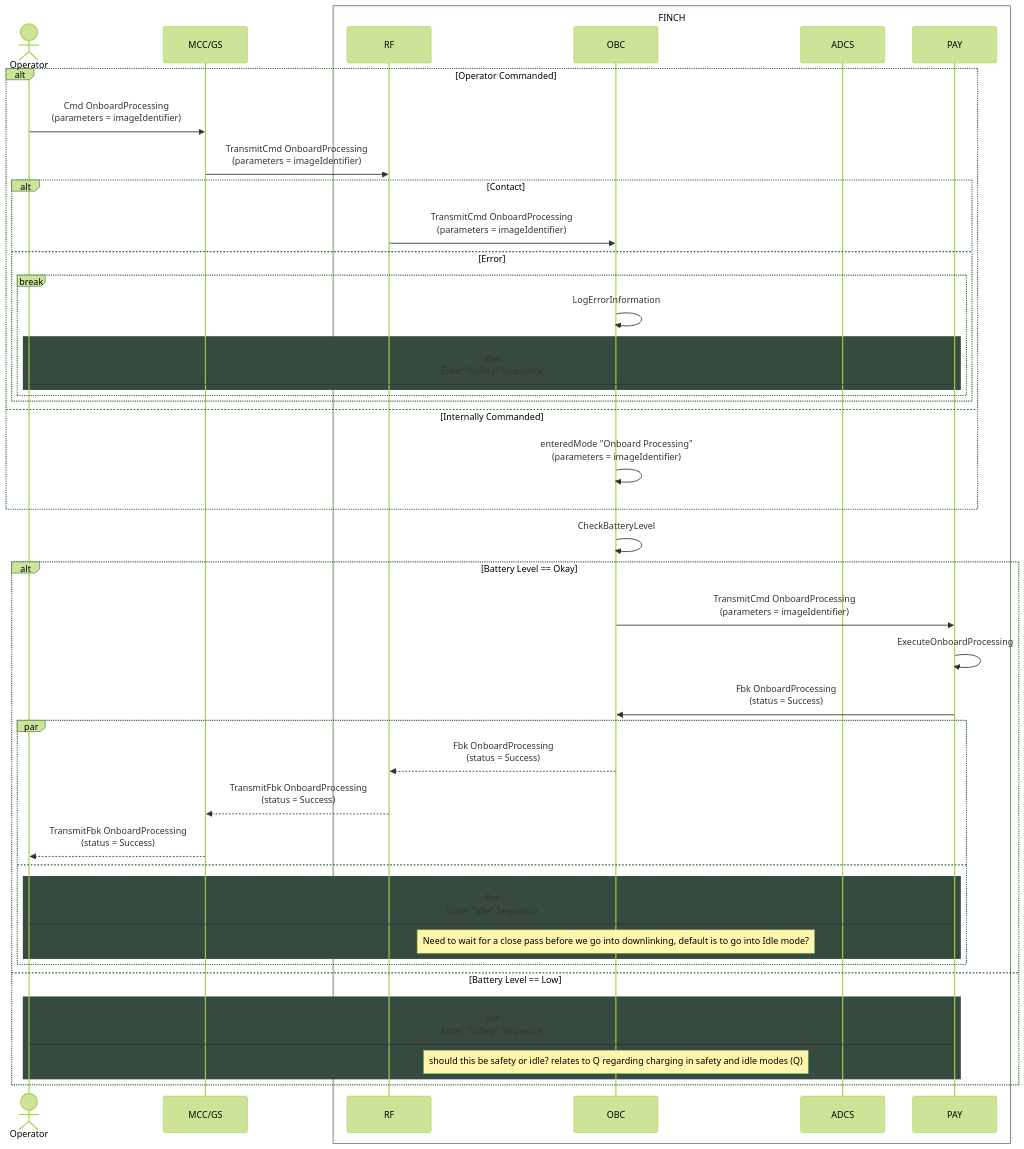
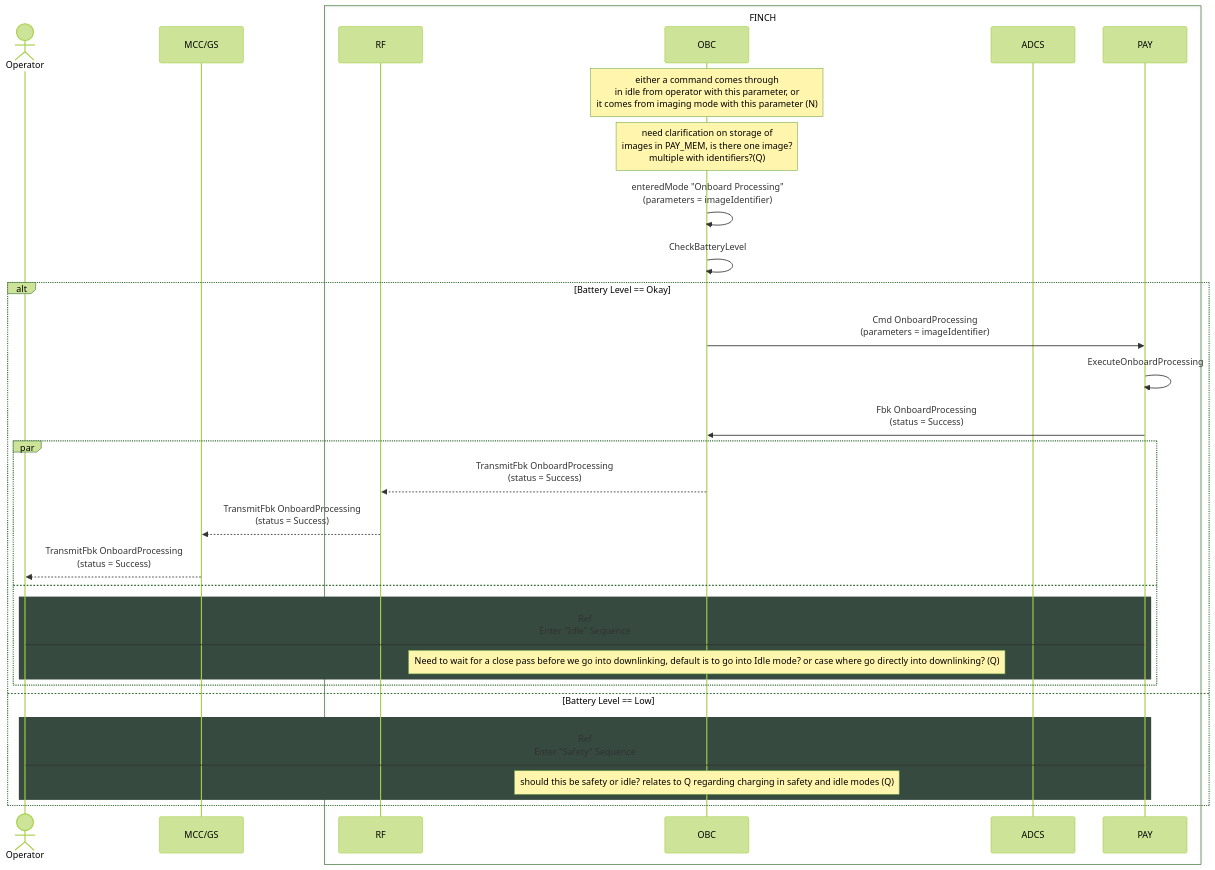
The diagram in command sequences/onboard-processing-command.md (Addy-lit/FINCH-system-architecture), drawn with Mermaid (forest theme) before and after one commit.

````diff
--- a/command sequences/onboard-processing-command.md
+++ b/command sequences/onboard-processing-command.md
@@ -2,52 +2,39 @@
 ```mermaid
 
 sequenceDiagram
     Actor Operator
     participant MCC/GS
     box FINCH
         participant RF
         participant OBC
         participant ADCS
         participant PAY
     end
 
-    alt Operator Commanded
-        Operator ->> MCC/GS: Cmd OnboardProcessing <br> (parameters = imageIdentifier)
-        MCC/GS ->> RF: TransmitCmd OnboardProcessing <br> (parameters = imageIdentifier)
-        alt Contact
-            RF ->> OBC: TransmitCmd OnboardProcessing <br> (parameters = imageIdentifier)
-        else Error
-            break
-                OBC ->> OBC: LogErrorInformation
-                rect rgb(54,74,63)
-    		        Operator -> PAY: Ref <br/> Enter "Safety" Sequence
-                end
-            end
-        end
-    else Internally Commanded
-        OBC ->> OBC: enteredMode "Onboard Processing" <br> (parameters = imageIdentifier)
-    end
+	note over OBC: either a command comes through <br> in idle from operator with this parameter, or <br> it comes from imaging mode with this parameter (N)
+	note over OBC: need clarification on storage of <br> images in PAY_MEM, is there one image? <br> multiple with identifiers?(Q)
+	OBC ->> OBC: enteredMode "Onboard Processing" <br> (parameters = imageIdentifier)
 
     OBC ->> OBC: CheckBatteryLevel
     alt Battery Level == Okay
-        OBC ->> PAY: TransmitCmd OnboardProcessing <br> (parameters = imageIdentifier)
+        OBC ->> PAY: Cmd OnboardProcessing <br> (parameters = imageIdentifier)
         PAY ->> PAY: ExecuteOnboardProcessing
         PAY ->> OBC: Fbk OnboardProcessing <br> (status = Success)
       
         par
-            OBC -->> RF: Fbk OnboardProcessing <br> (status = Success)
+            OBC -->> RF: TransmitFbk OnboardProcessing <br> (status = Success)
             RF -->> MCC/GS: TransmitFbk OnboardProcessing <br> (status = Success)
             MCC/GS -->> Operator: TransmitFbk OnboardProcessing <br> (status = Success)
         and
             rect rgb(54,74,63)
       	        Operator -> PAY: Ref <br/> Enter "Idle" Sequence
-                note over OBC: Need to wait for a close pass before we go into downlinking, default is to go into Idle mode?
+                note over OBC: Need to wait for a close pass before we go into downlinking, default is to go into Idle mode? or case where go directly into downlinking? (Q)
             end
         end
     else Battery Level ==  Low
         rect rgb(54,74,63)
 	        Operator -> PAY: Ref <br/> Enter "Safety" Sequence
             note over OBC: should this be safety or idle? relates to Q regarding charging in safety and idle modes (Q)
         end
     end
 ```
````
